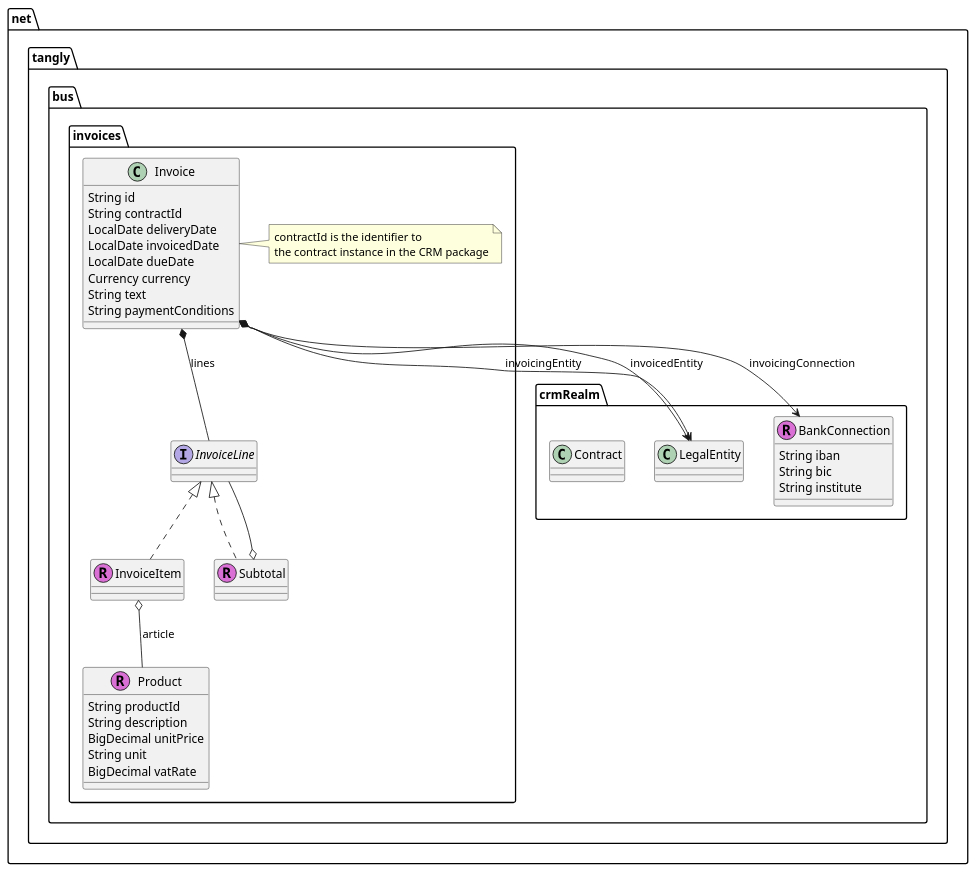
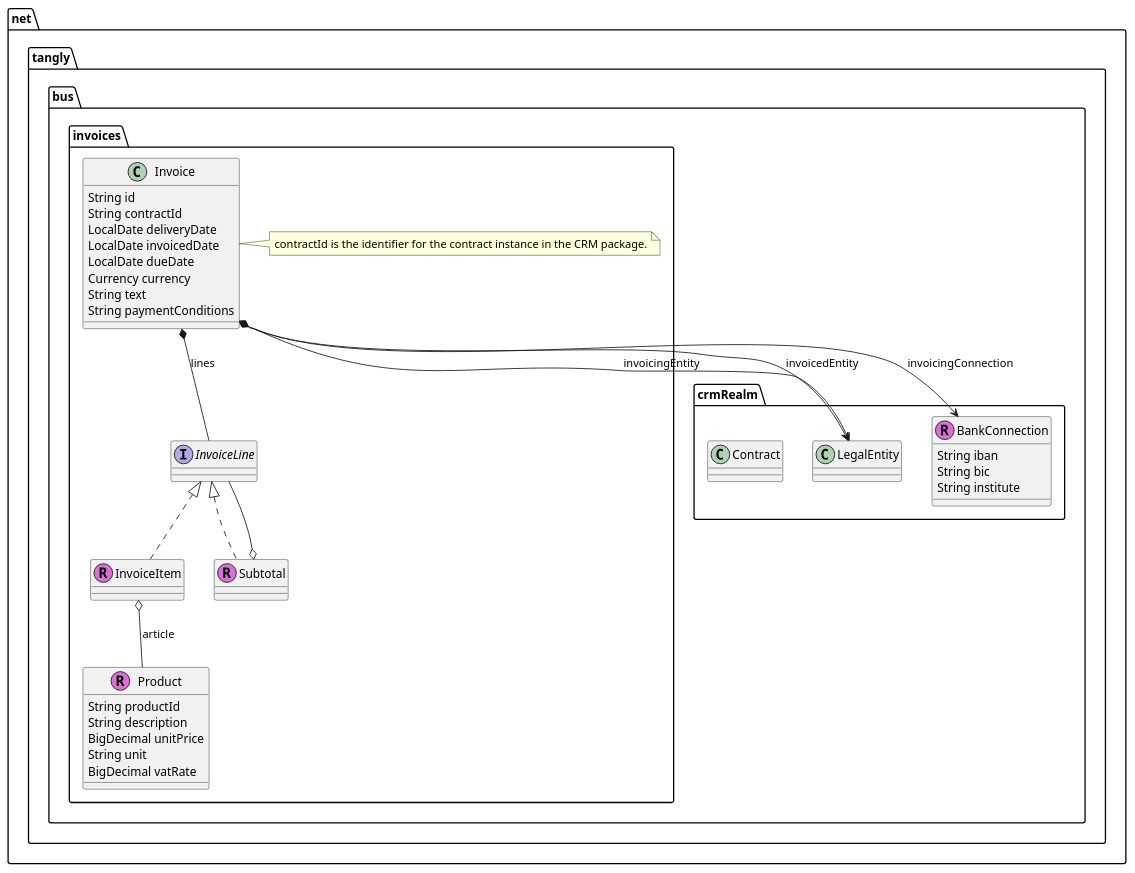
The fourth of 6 diagrams in net.tangly.core/src/site/models.adoc (tangly-team/tangly-os), drawn with PlantUML before and after one commit. The commit also changed other lines of this file and 15 other files, not shown here.

```diff
--- a/net.tangly.core/src/site/models.adoc
+++ b/net.tangly.core/src/site/models.adoc
@@ -357,60 +357,60 @@
 [plantuml,bus-invoice-uml,svg]
 ....
 @startuml
 
 package net.tangly.bus.crmRealm {
     class LegalEntity {}
 
     class BankConnection << (R,orchid) >> {
         String iban
         String bic
         String institute
     }
 
     class Contract {}
 }
 
 package net.tangly.bus.invoices {
 class Product << (R,orchid) >> {
     String productId
     String description
     BigDecimal unitPrice
     String unit
     BigDecimal vatRate
 }
 
 class Invoice {
     String id
     String contractId
     LocalDate deliveryDate
     LocalDate invoicedDate
     LocalDate dueDate
     Currency currency
     String text
     String paymentConditions
 }
 
-note right: contractId is the identifier to\nthe contract instance in the CRM package
+note right: contractId is the identifier for the contract instance in the CRM package.
 
 Invoice *-- InvoiceLine : lines
 Invoice o--> LegalEntity : invoicingEntity
 Invoice o--> LegalEntity : invoicedEntity
 Invoice *--> BankConnection : invoicingConnection
 
 interface InvoiceLine {}
 
 class InvoiceItem << (R,orchid) >> {}
 
 InvoiceLine <|.. InvoiceItem
 
 InvoiceItem o-- Product : article
 
 class Subtotal << (R,orchid) >> {}
 
 InvoiceLine <|.. Subtotal
 Subtotal o-- InvoiceLine
 
 }
 
 @enduml
 ....
```
